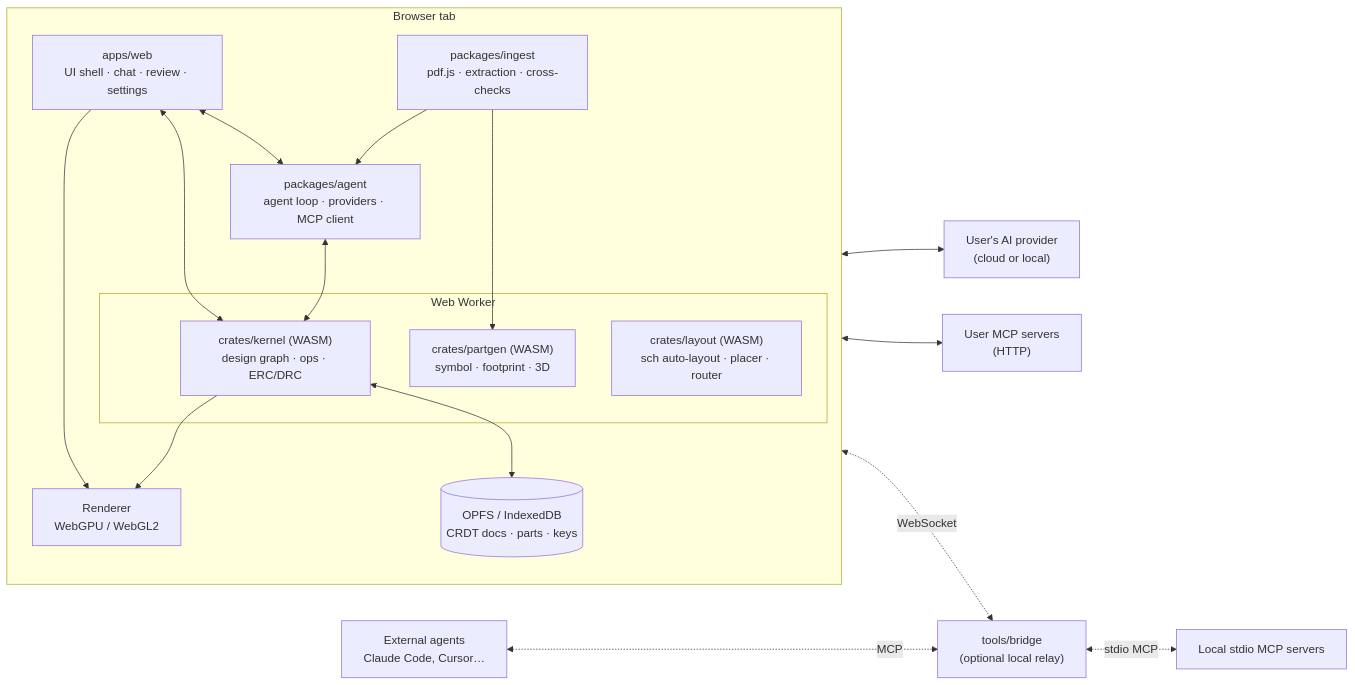
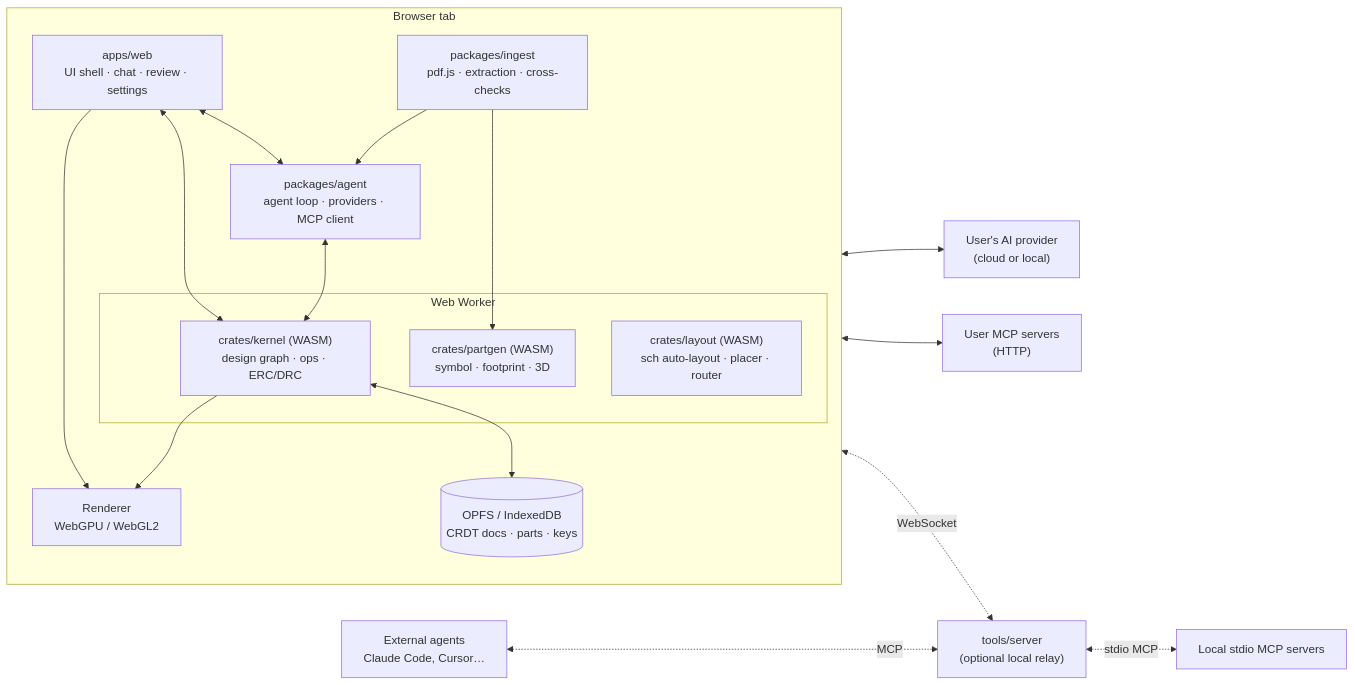
The first of 2 diagrams in docs/ARCHITECTURE.md (hoihu/4k7), drawn with Mermaid before and after one commit. The commit also changed other lines of this file and 47 other files, not shown here.

First line of the commit message:
Rename the bridge to the local server

````diff
--- a/docs/ARCHITECTURE.md
+++ b/docs/ARCHITECTURE.md
@@ -151,34 +151,34 @@
 ```mermaid
 flowchart LR
   subgraph Browser["Browser tab"]
     direction TB
     UI["apps/web<br/>UI shell · chat · review · settings"]
     R["Renderer<br/>WebGPU / WebGL2"]
     AG["packages/agent<br/>agent loop · providers · MCP client"]
     ING["packages/ingest<br/>pdf.js · extraction · cross-checks"]
     subgraph W["Web Worker"]
       K["crates/kernel (WASM)<br/>design graph · ops · ERC/DRC"]
       L["crates/layout (WASM)<br/>sch auto-layout · placer · router"]
       PG["crates/partgen (WASM)<br/>symbol · footprint · 3D"]
     end
     DB[("OPFS / IndexedDB<br/>CRDT docs · parts · keys")]
   end
   LLM["User's AI provider<br/>(cloud or local)"]
   MCP["User MCP servers<br/>(HTTP)"]
-  BR["tools/bridge<br/>(optional local relay)"]
+  BR["tools/server<br/>(optional local relay)"]
   EXT["External agents<br/>Claude Code, Cursor…"]
 
   UI <--> K
   UI --> R
   K --> R
   UI <--> AG
   AG <--> K
   AG <--> LLM
   AG <--> MCP
   ING --> AG
   ING --> PG
   K <--> DB
   AG <-. WebSocket .-> BR
   BR <-. stdio MCP .-> MCPL["Local stdio MCP servers"]
   EXT <-. MCP .-> BR
 ```
````
